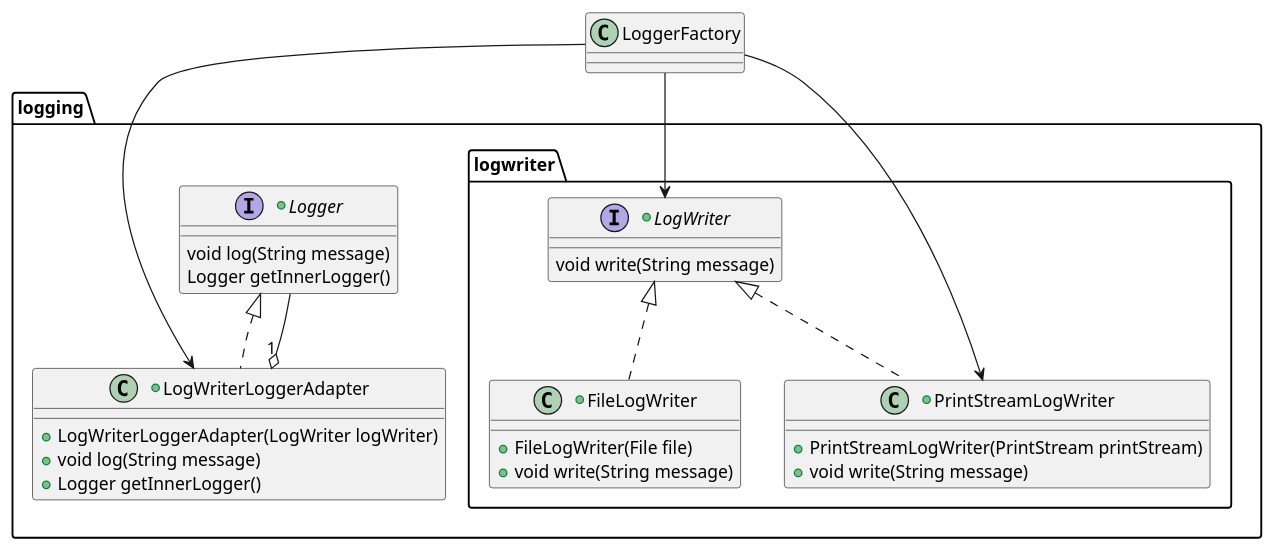
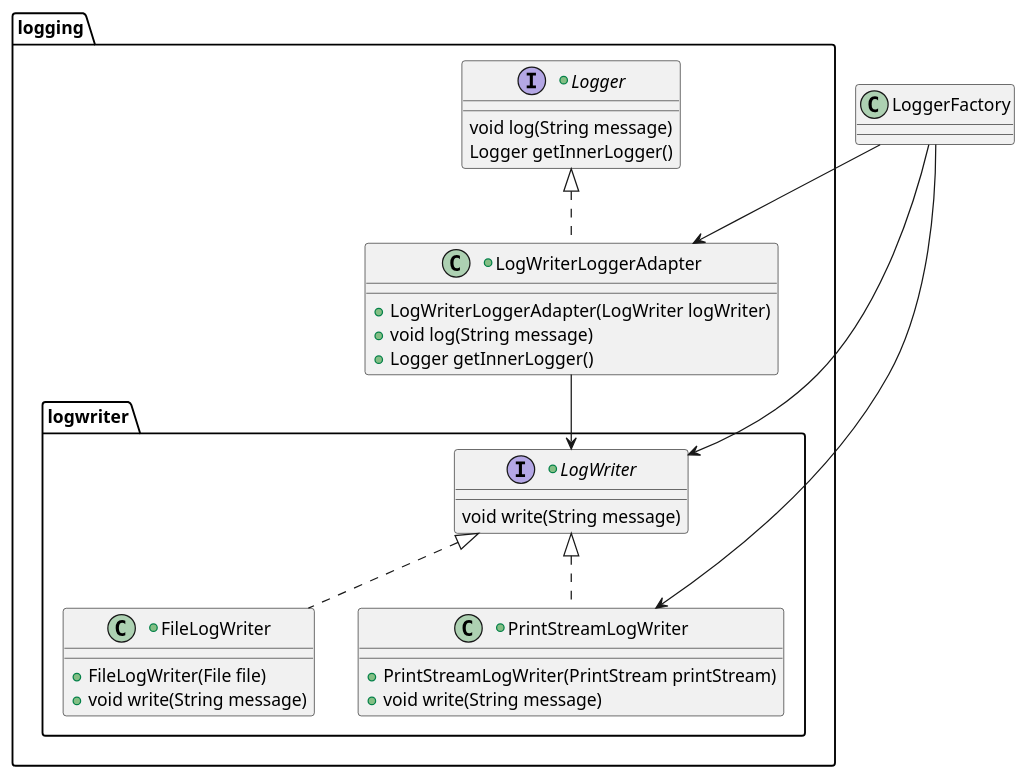
One commit to Puggingtons/Getraenkeabrechnung changed the diagram in docs/umls/LogWriterLoggerAdapter.plantuml. Above: the diagram before and after it, drawn with PlantUML. The commit also changed 4 other files, not shown here.

```diff
--- a/docs/umls/LogWriterLoggerAdapter.plantuml
+++ b/docs/umls/LogWriterLoggerAdapter.plantuml
@@ -1,37 +1,37 @@
 @startuml LogWriterLoggerAdapter
 
 package logging {
     package logwriter {
         +class FileLogWriter implements LogWriter {
             + FileLogWriter(File file)
             + void write(String message)
         }
 
         +interface LogWriter {
             void write(String message)
         }
 
         +class PrintStreamLogWriter implements LogWriter {
             + PrintStreamLogWriter(PrintStream printStream)
             + void write(String message)
         }
     } /' end package: logwriter '/
 
     +interface Logger {
         void log(String message)
         Logger getInnerLogger()
     }
 
     +class LogWriterLoggerAdapter implements Logger {
         + LogWriterLoggerAdapter(LogWriter logWriter)
         + void log(String message)
         + Logger getInnerLogger()
     }
 
 }
 
 LoggerFactory --> LogWriter /' usage? '/
 LoggerFactory --> LogWriterLoggerAdapter
 LoggerFactory --> PrintStreamLogWriter
-LogWriterLoggerAdapter "1" o-- Logger
+LogWriterLoggerAdapter --> LogWriter
 @enduml
```
